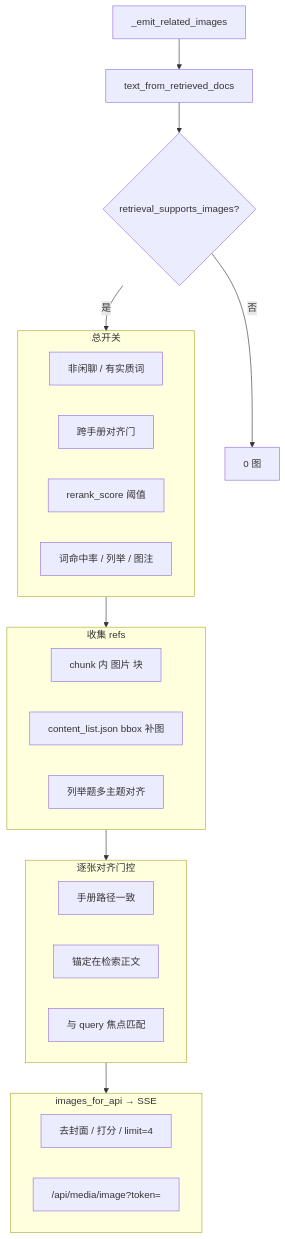
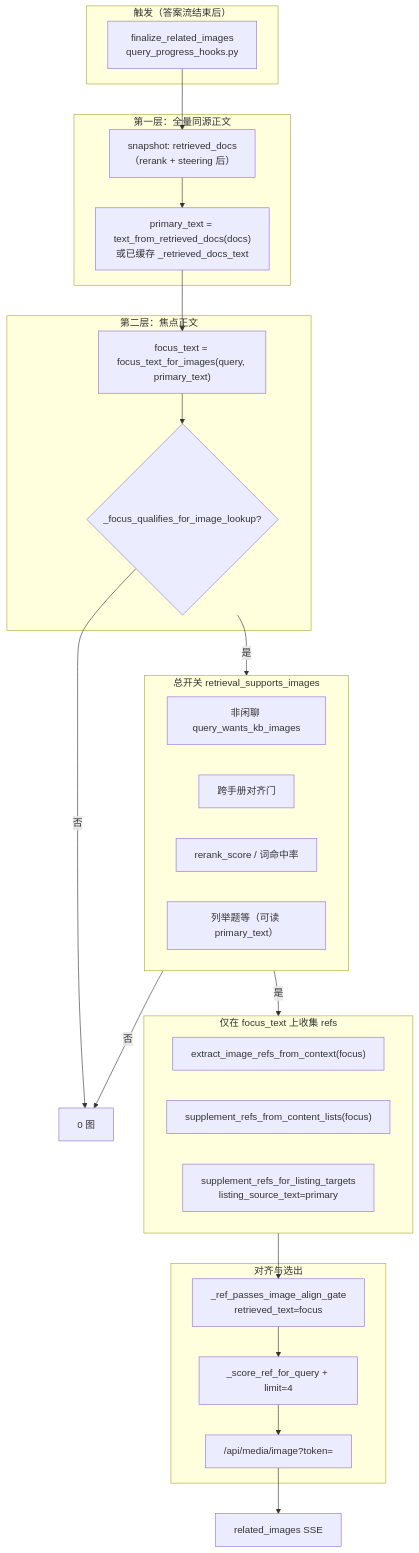
Before and after one commit to yiliangbetter/IndustrialRAG: the sixth of 7 diagrams in docs/问答全流程图.md, drawn with Mermaid. The commit also changed other lines of this file and 2 other files, not shown here.

First line of the commit message:
fix(query): restore retrieval_scope SSE and align Q&A flow docs

````diff
--- a/docs/问答全流程图.md
+++ b/docs/问答全流程图.md
@@ -280,35 +321,42 @@
 ```mermaid
 flowchart TB
-    START["_emit_related_images"]
-
-    T1["text_from_retrieved_docs"]
-    GATE{"retrieval_supports_images?"}
-
-    subgraph GateDetail["总开关"]
-        G0["非闲聊 / 有实质词"]
-        G1["跨手册对齐门"]
-        G2["rerank_score 阈值"]
-        G3["词命中率 / 列举 / 图注"]
+    subgraph Trigger["触发（答案流结束后）"]
+        FIN["finalize_related_images<br/>query_progress_hooks.py"]
     end
 
-    subgraph Collect["收集 refs"]
-        C1["chunk 内 图片 块"]
-        C2["content_list.json bbox 补图"]
-        C3["列举题多主题对齐"]
+    subgraph Primary["第一层：全量同源正文"]
+        D0["snapshot: retrieved_docs<br/>（rerank + steering 后）"]
+        T1["primary_text = text_from_retrieved_docs(docs)<br/>或已缓存 _retrieved_docs_text"]
     end
 
-    subgraph Align["逐张对齐门控"]
-        A1["手册路径一致"]
-        A2["锚定在检索正文"]
-        A3["与 query 焦点匹配"]
+    subgraph Focus["第二层：焦点正文"]
+        T2["focus_text = focus_text_for_images(query, primary_text)"]
+        Q0{"_focus_qualifies_for_image_lookup?"}
     end
 
-    subgraph Select["images_for_api → SSE"]
-        S1["去封面 / 打分 / limit=4"]
-        S2["/api/media/image?token="]
+    subgraph Gate["总开关 retrieval_supports_images"]
+        G0["非闲聊 query_wants_kb_images"]
+        G1["跨手册对齐门"]
+        G2["rerank_score / 词命中率"]
+        G3["列举题等（可读 primary_text）"]
     end
 
-    START --> T1 --> GATE
-    GATE -->|否| EMPTY[0 图]
-    GATE -->|是| GateDetail --> Collect --> Align --> Select
+    subgraph Collect["仅在 focus_text 上收集 refs"]
+        C1["extract_image_refs_from_context(focus)"]
+        C2["supplement_refs_from_content_lists(focus)"]
+        C3["supplement_refs_for_listing_targets<br/>listing_source_text=primary"]
+    end
+
+    subgraph Align["对齐与选出"]
+        A1["_ref_passes_image_align_gate<br/>retrieved_text=focus"]
+        A2["_score_ref_for_query + limit=4"]
+        A3["/api/media/image?token="]
+    end
+
+    FIN --> D0 --> T1 --> T2 --> Q0
+    Q0 -->|否| EMPTY[0 图]
+    Q0 -->|是| Gate
+    Gate -->|否| EMPTY
+    Gate -->|是| Collect --> A1 --> A2 --> A3
+    A3 --> SSE["related_images SSE"]
 ```
````
